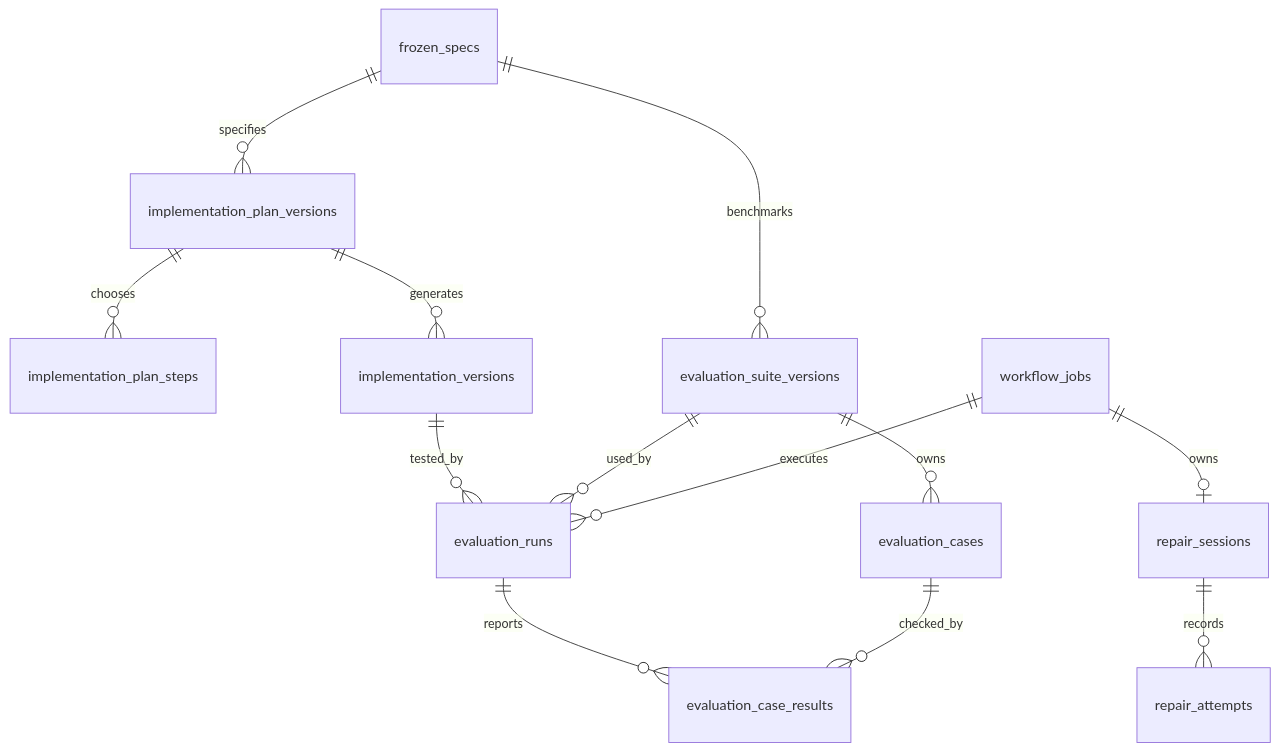
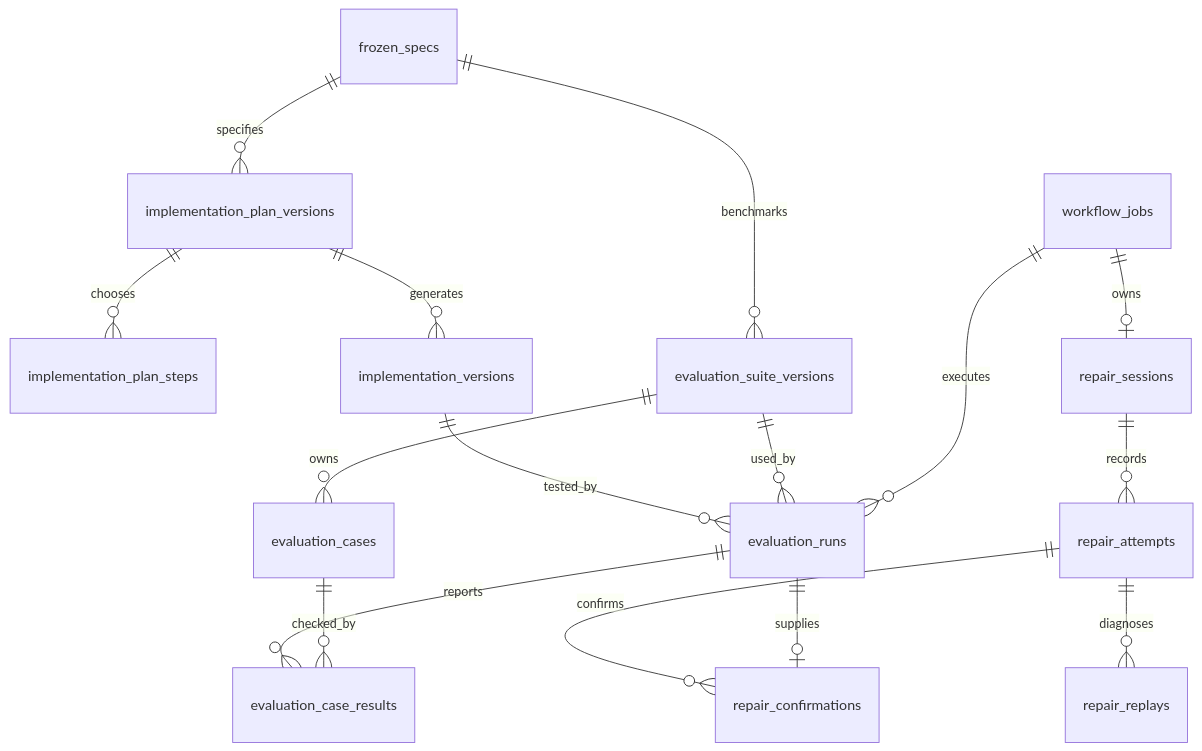
Before and after one commit to boovines/meridian-take-home: the third of 4 diagrams in docs/architecture/overview.md, drawn with Mermaid. The commit also changed other lines of this file and 8 other files, not shown here.

````diff
--- a/docs/architecture/overview.md
+++ b/docs/architecture/overview.md
@@ -77,15 +79,18 @@
 ```mermaid
 erDiagram
     frozen_specs ||--o{ implementation_plan_versions : specifies
     implementation_plan_versions ||--o{ implementation_plan_steps : chooses
     implementation_plan_versions ||--o{ implementation_versions : generates
     frozen_specs ||--o{ evaluation_suite_versions : benchmarks
     evaluation_suite_versions ||--o{ evaluation_cases : owns
     implementation_versions ||--o{ evaluation_runs : tested_by
     evaluation_suite_versions ||--o{ evaluation_runs : used_by
     evaluation_runs ||--o{ evaluation_case_results : reports
     evaluation_cases ||--o{ evaluation_case_results : checked_by
     workflow_jobs ||--o{ evaluation_runs : executes
     workflow_jobs ||--o| repair_sessions : owns
     repair_sessions ||--o{ repair_attempts : records
+    repair_attempts ||--o{ repair_replays : diagnoses
+    repair_attempts ||--o{ repair_confirmations : confirms
+    evaluation_runs ||--o| repair_confirmations : supplies
 ```
````
